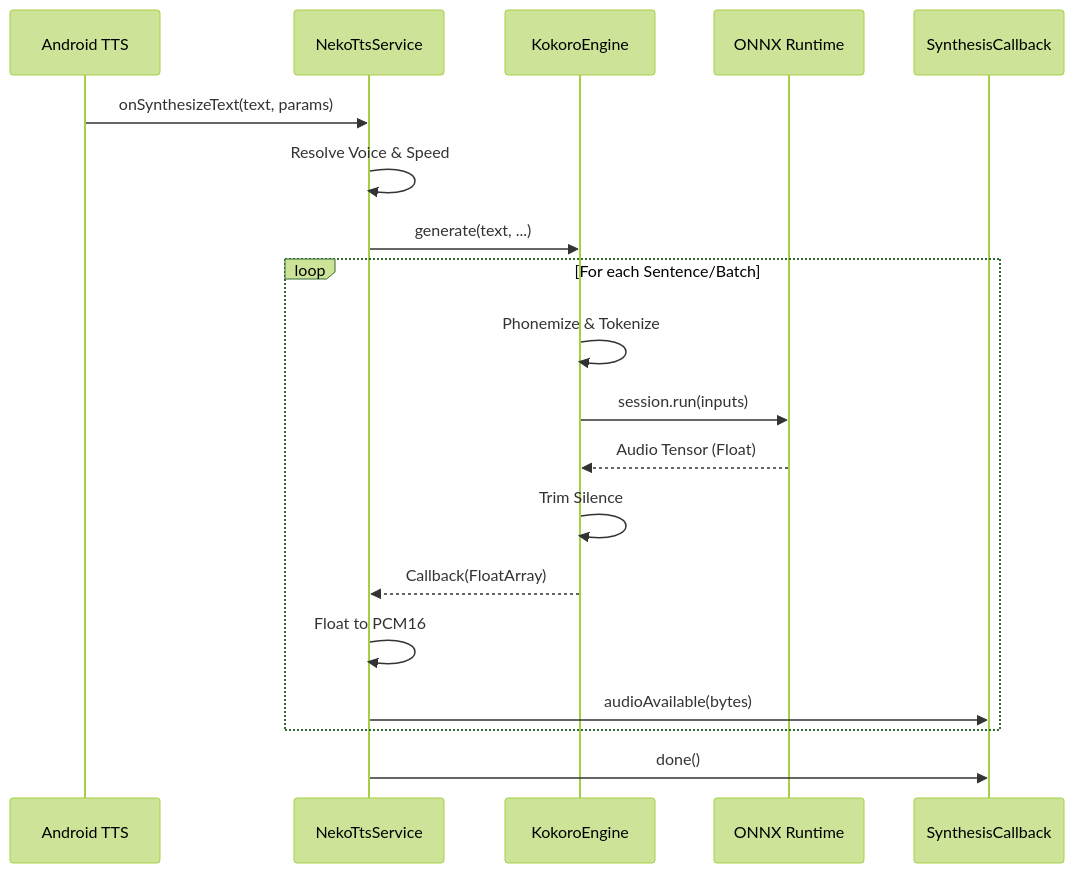
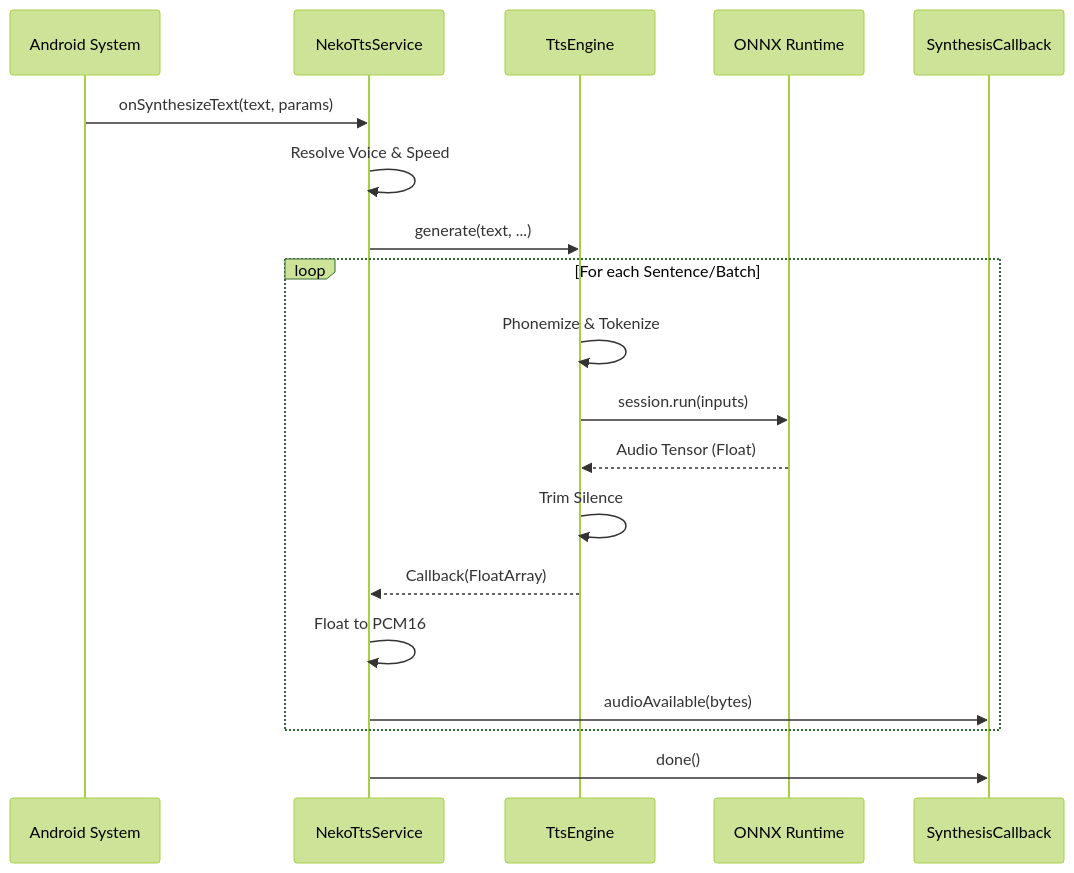
Before and after one commit to siva-sub/NekoSpeak: the third of 3 diagrams in TECHNICAL_DEEP_DIVE.md, drawn with Mermaid (forest theme). The commit also changed other lines of this file and 6 other files, not shown here.

````diff
--- a/TECHNICAL_DEEP_DIVE.md
+++ b/TECHNICAL_DEEP_DIVE.md
@@ -159,24 +159,24 @@
 ```mermaid
 sequenceDiagram
-    participant Android as Android TTS
+    participant Sys as Android System
     participant Service as NekoTtsService
-    participant Engine as KokoroEngine
+    participant Engine as TtsEngine
     participant ORT as ONNX Runtime
     participant Callback as SynthesisCallback
 
-    Android->>Service: onSynthesizeText(text, params)
+    Sys->>Service: onSynthesizeText(text, params)
     Service->>Service: Resolve Voice & Speed
     Service->>Engine: generate(text, ...)
     
     loop For each Sentence/Batch
         Engine->>Engine: Phonemize & Tokenize
         Engine->>ORT: session.run(inputs)
         ORT-->>Engine: Audio Tensor (Float)
         Engine->>Engine: Trim Silence
         Engine-->>Service: Callback(FloatArray)
         Service->>Service: Float to PCM16
         Service->>Callback: audioAvailable(bytes)
     end
     
     Service->>Callback: done()
 ```
````
